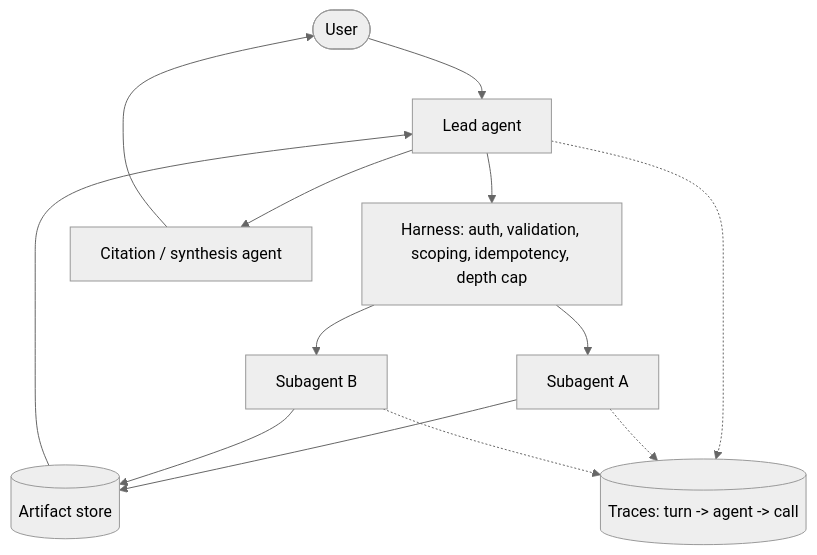
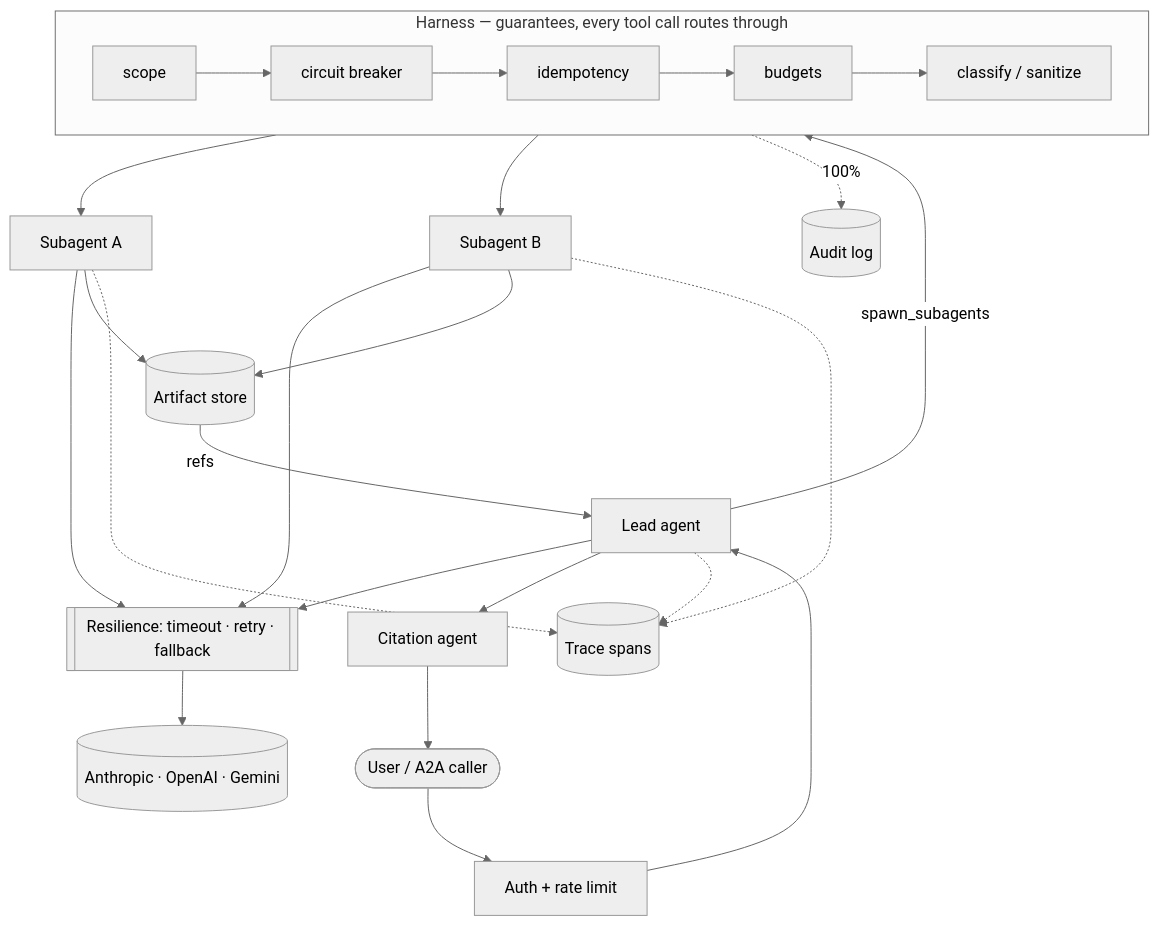
The diagram in README.md (routsom/agent-primitives), drawn with Mermaid (neutral theme) before and after one commit. The commit also changed other lines of this file and 80 other files, not shown here.

````diff
--- a/README.md
+++ b/README.md
@@ -33,15 +36,15 @@
 ```mermaid
 flowchart TB
-    User([User]) --> Lead[Lead agent]
-    Lead --> Harness[Harness: auth, validation, scoping, idempotency, depth cap]
-    Harness --> SubA[Subagent A]
-    Harness --> SubB[Subagent B]
-    SubA --> Artifacts[(Artifact store)]
-    SubB --> Artifacts
-    Artifacts --> Lead
-    Lead --> Citation[Citation / synthesis agent]
-    Citation --> User
-    Lead -.-> Trace[(Traces: turn -> agent -> call)]
-    SubA -.-> Trace
-    SubB -.-> Trace
+    User([User / A2A caller]) --> Edge[Auth + rate limit]
+    Edge --> Lead[Lead agent]
+    Lead -->|spawn_subagents| Harness
+    subgraph Harness["Harness — guarantees, every tool call routes through"]
+        Scope[scope] --> Breaker[circuit breaker] --> Idem[idempotency] --> Budgets[budgets] --> Classify[classify / sanitize]
+    end
+    Harness --> SubA[Subagent A] & SubB[Subagent B]
+    Lead & SubA & SubB --> Resilience[[Resilience: timeout · retry · fallback]] --> LLMs[(Anthropic · OpenAI · Gemini)]
+    SubA & SubB --> Artifacts[(Artifact store)] -->|refs| Lead
+    Lead --> Citation[Citation agent] --> User
+    Harness -.->|100%| Audit[(Audit log)]
+    Lead & SubA & SubB -.-> Trace[(Trace spans)]
 ```
````
